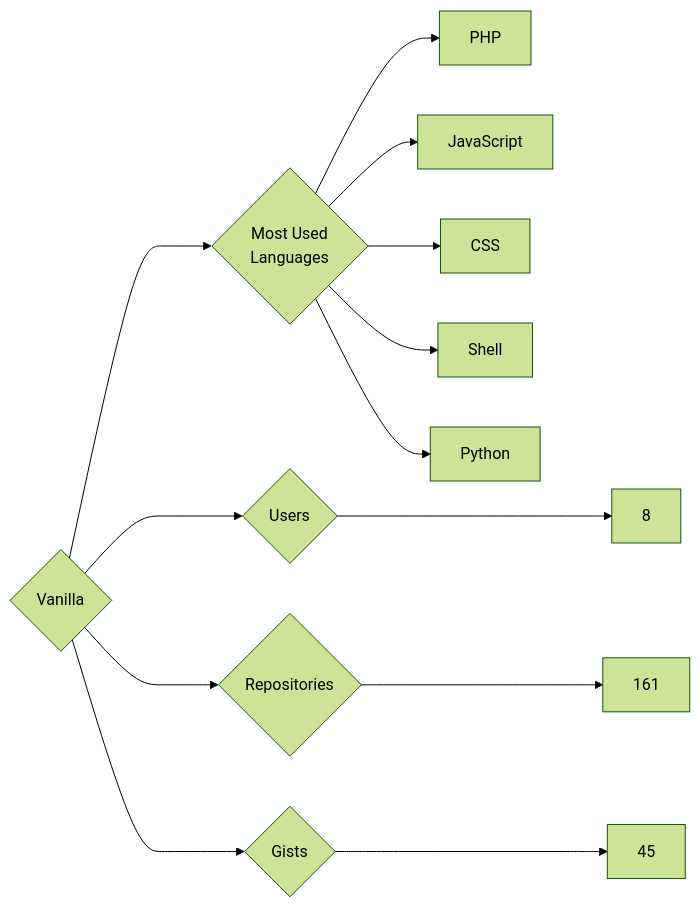
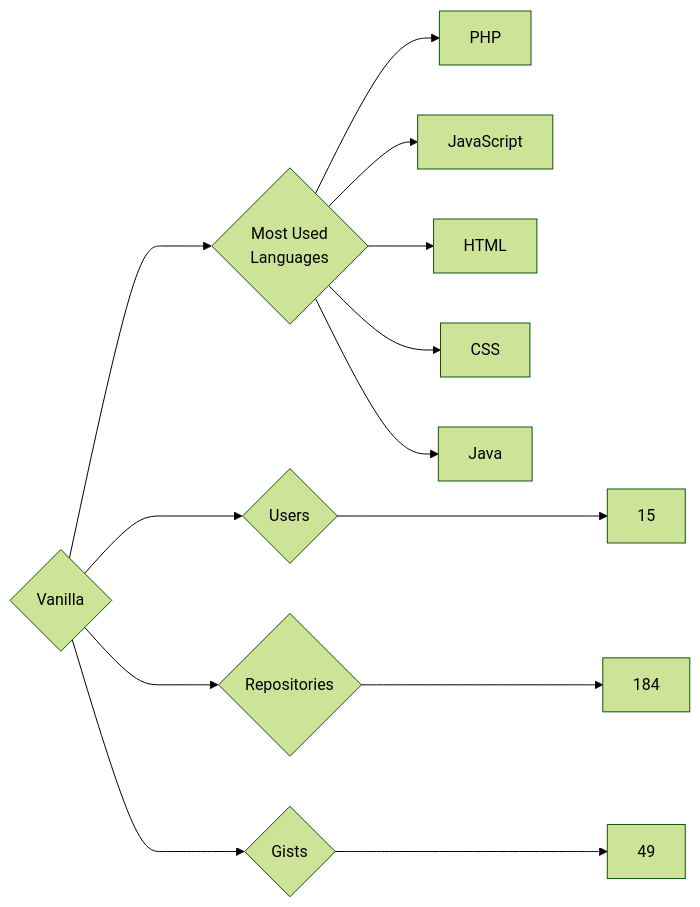
The diagram in targets/Vanilla/README.md (trickest/insiders), drawn with Mermaid (forest theme) before and after one commit. The commit also changed 955 other files, not shown here.

````diff
--- a/targets/Vanilla/README.md
+++ b/targets/Vanilla/README.md
@@ -3,13 +3,13 @@
 ```mermaid
 graph LR
 COMPANY_NAME{Vanilla}
-COMPANY_NAME ---> U{Users} ---> UN[8]
-COMPANY_NAME ---> R{Repositories} ---> RN[161]
-COMPANY_NAME ---> G{Gists} ---> GN[45]
+COMPANY_NAME ---> U{Users} ---> UN[15]
+COMPANY_NAME ---> R{Repositories} ---> RN[184]
+COMPANY_NAME ---> G{Gists} ---> GN[49]
 COMPANY_NAME ---> ML{Most Used<br>Languages}
 ML --> PHP[PHP]
 ML --> JavaScript[JavaScript]
+ML --> HTML[HTML]
 ML --> CSS[CSS]
-ML --> Shell[Shell]
-ML --> Python[Python]
+ML --> Java[Java]
 ```
````
